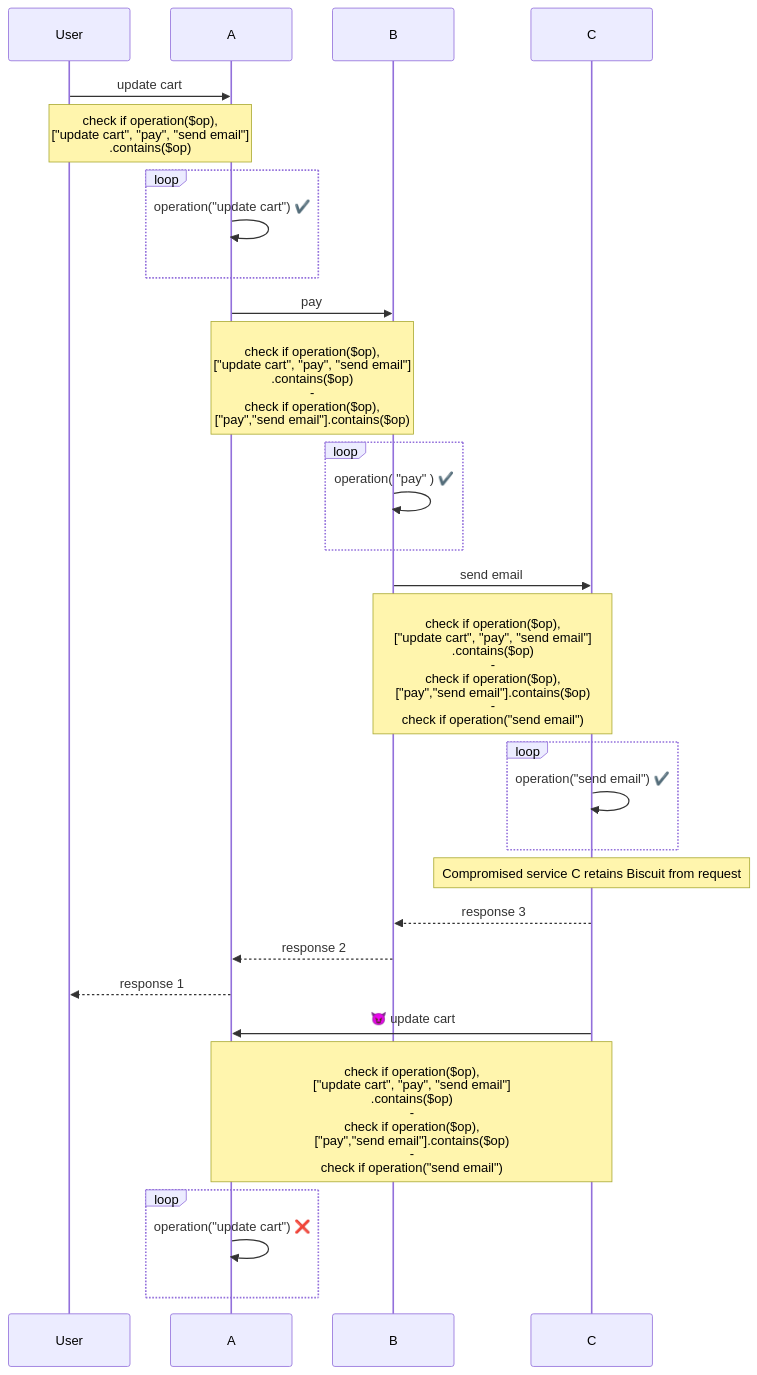
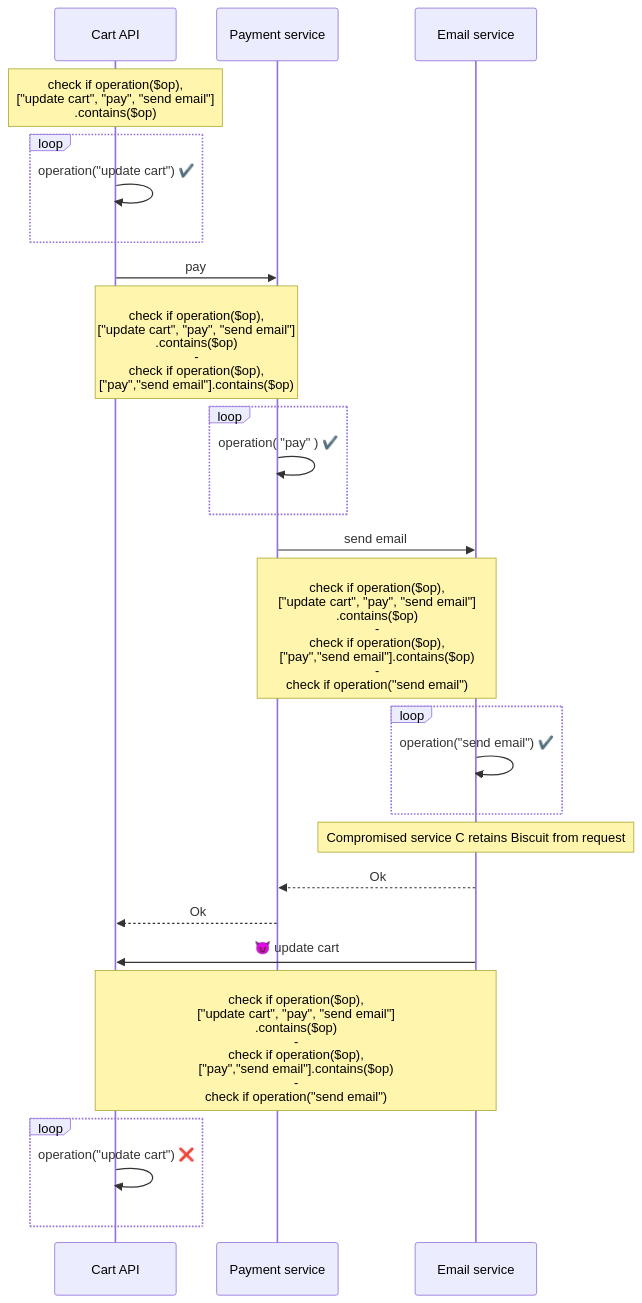
The diagram in static/img/microservices-biscuit1.mmd (biscuit-auth/website), drawn with Mermaid before and after one commit.

Commit message:
simplify the biscuit diagram

```diff
--- a/static/img/microservices-biscuit1.mmd
+++ b/static/img/microservices-biscuit1.mmd
@@ -1,30 +1,27 @@
 sequenceDiagram
-    participant User
-    participant A
-    participant B
-    participant C
-    User->>A: update cart
-    Note over User,A: check if operation($op), <br />["update cart", "pay", "send email"]<br/>.contains($op)
+    participant Cart API
+    participant Payment service
+    participant Email service
+    Note over Cart API: check if operation($op), <br />["update cart", "pay", "send email"]<br/>.contains($op)
     loop
-        A->>A: operation("update cart") ✔️
+        Cart API->>Cart API: operation("update cart") ✔️
     end
-    A->>B: pay
-    Note over A,B: <br/>check if operation($op),<br/>["update cart", "pay", "send email"]<br/>.contains($op)<br/>-<br/>check if operation($op),<br/>["pay","send email"].contains($op)
+    Cart API->>Payment service: pay
+    Note over Cart API,Payment service: <br/>check if operation($op),<br/>["update cart", "pay", "send email"]<br/>.contains($op)<br/>-<br/>check if operation($op),<br/>["pay","send email"].contains($op)
     loop
-        B->>B: operation( "pay" ) ✔️ 
+        Payment service->>Payment service: operation( "pay" ) ✔️ 
     end
-    B->>C: send email
-    Note over B,C: <br/>check if operation($op),<br/>["update cart", "pay", "send email"]<br/>.contains($op)<br/>-<br/>check if operation($op),<br/>["pay","send email"].contains($op)<br/>-<br/>check if operation("send email")
+    Payment service->>Email service: send email
+    Note over Payment service,Email service: <br/>check if operation($op),<br/>["update cart", "pay", "send email"]<br/>.contains($op)<br/>-<br/>check if operation($op),<br/>["pay","send email"].contains($op)<br/>-<br/>check if operation("send email")
     loop
-        C->>C: operation("send email") ✔️
+        Email service->>Email service: operation("send email") ✔️
     end
      
-    Note over C: Compromised service C retains Biscuit from request
-    C-->>B: response 3
-    B-->>A: response 2
-    A-->>User: response 1
-    C->>A: 😈 update cart
-    Note over C,A: <br/>check if operation($op),<br/>["update cart", "pay", "send email"]<br/>.contains($op)<br/>-<br/>check if operation($op),<br/>["pay","send email"].contains($op)<br/>-<br/>check if operation("send email")
+    Note over Email service: Compromised service C retains Biscuit from request
+    Email service-->>Payment service: Ok
+    Payment service-->>Cart API: Ok
+    Email service->>Cart API: 😈 update cart
+    Note over Email service,Cart API: <br/>check if operation($op),<br/>["update cart", "pay", "send email"]<br/>.contains($op)<br/>-<br/>check if operation($op),<br/>["pay","send email"].contains($op)<br/>-<br/>check if operation("send email")
     loop
-        A->>A: operation("update cart") ❌
+        Cart API->>Cart API: operation("update cart") ❌
     end
```
